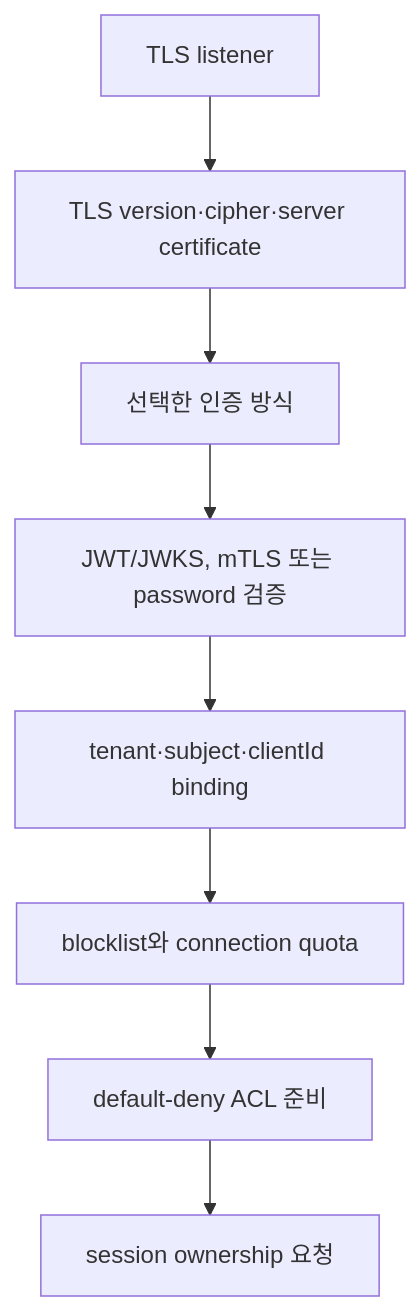
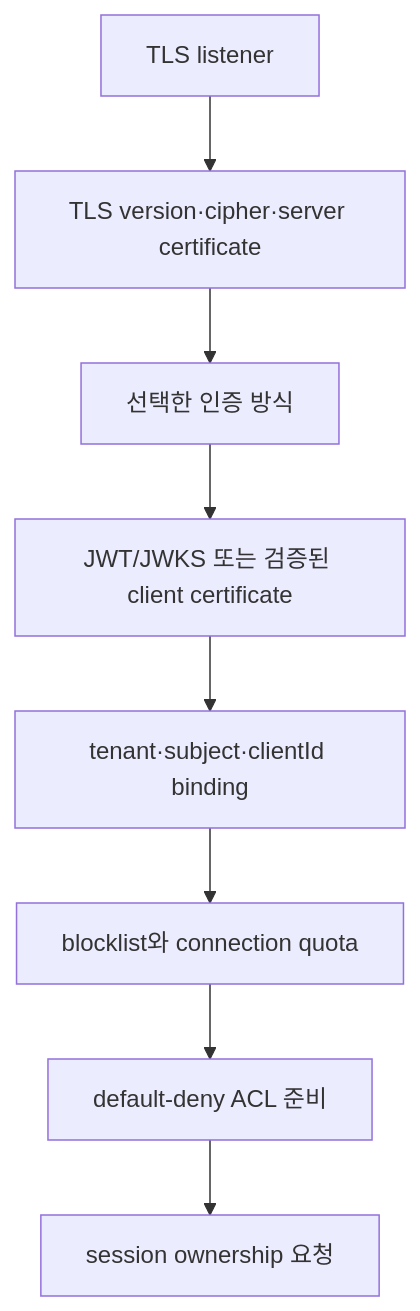
One commit to kayden-kim/narumq changed the diagram in docs/specs/tenancy-and-security.md. Above: the diagram before and after it, drawn with Mermaid. The commit also changed other lines of this file and 22 other files, not shown here.

Commit message:
feat: complete mTLS authentication flow

````diff
--- a/docs/specs/tenancy-and-security.md
+++ b/docs/specs/tenancy-and-security.md
@@ -31,10 +31,10 @@
 ```mermaid
 flowchart TD
     A["TLS listener"] --> B["TLS version·cipher·server certificate"]
     B --> C["선택한 인증 방식"]
-    C --> D["JWT/JWKS, mTLS 또는 password 검증"]
+    C["선택한 인증 방식"] --> D["JWT/JWKS 또는 검증된 client certificate"]
     D --> E["tenant·subject·clientId binding"]
     E --> F["blocklist와 connection quota"]
     F --> G["default-deny ACL 준비"]
     G --> H["session ownership 요청"]
 ```
````
